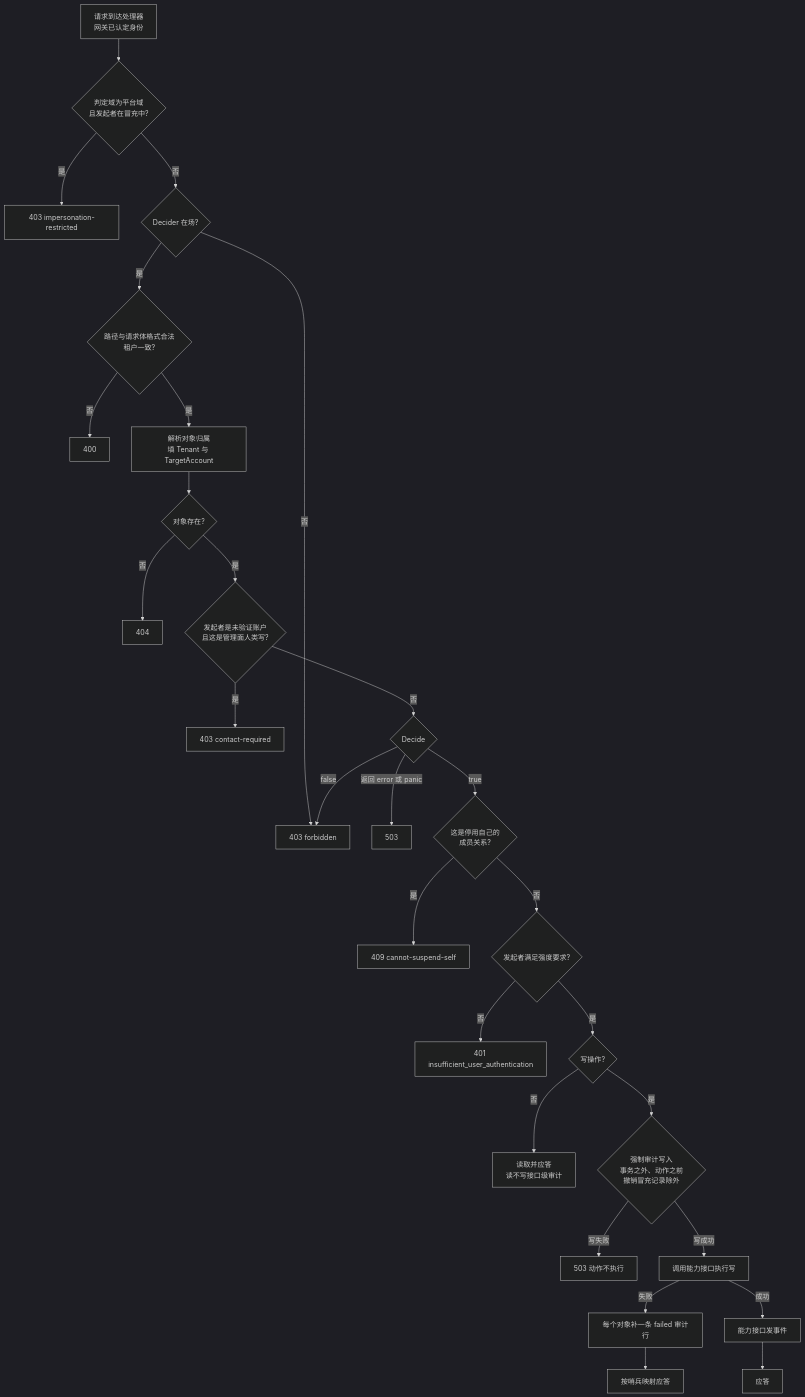
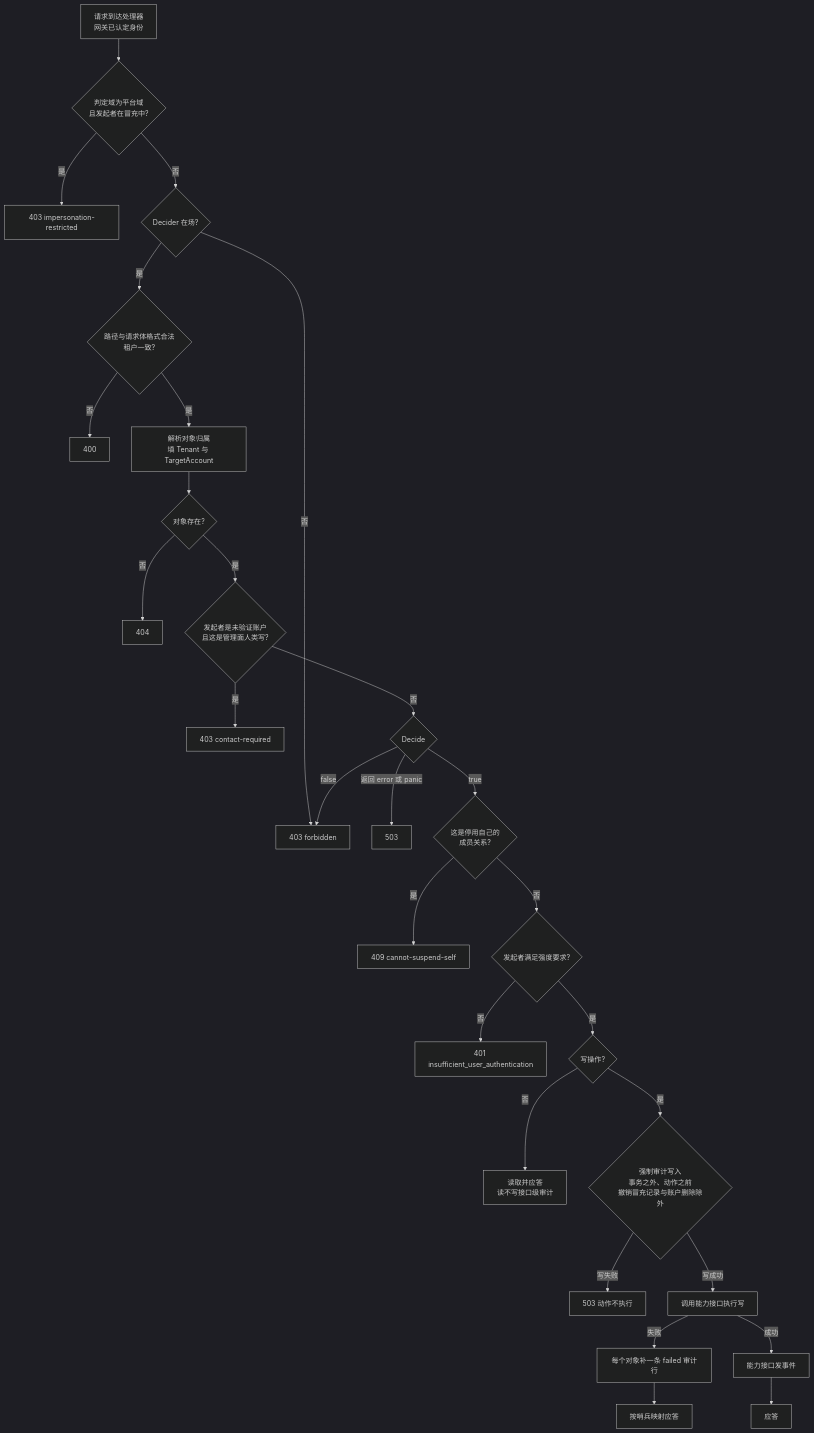
One commit to wangzw/speed changed the second of 2 diagrams in docs/design/modules/authn/design-authn-admin.md. Above: the diagram before and after it, drawn with Mermaid (dark theme). The commit also changed other lines of this file and 16 other files, not shown here.

````diff
--- a/docs/design/modules/authn/design-authn-admin.md
+++ b/docs/design/modules/authn/design-authn-admin.md
@@ -319,28 +319,28 @@
 ```mermaid
 flowchart TD
     A["请求到达处理器<br/>网关已认定身份"] --> B{"判定域为平台域<br/>且发起者在冒充中?"}
     B -- 是 --> R1["403 impersonation-restricted"]
     B -- 否 --> C{"Decider 在场?"}
     C -- 否 --> R2["403 forbidden"]
     C -- 是 --> D{"路径与请求体格式合法<br/>租户一致?"}
     D -- 否 --> R3["400"]
     D -- 是 --> E["解析对象归属<br/>填 Tenant 与 TargetAccount"]
     E --> F{"对象存在?"}
     F -- 否 --> R4["404"]
     F -- 是 --> G2{"发起者是未验证账户<br/>且这是管理面人类写?"}
     G2 -- 是 --> R9["403 contact-required"]
     G2 -- 否 --> G{"Decide"}
     G -- "返回 error 或 panic" --> R5["503"]
     G -- "false" --> R2
     G -- "true" --> S{"这是停用自己的<br/>成员关系?"}
     S -- 是 --> R10["409 cannot-suspend-self"]
     S -- 否 --> H{"发起者满足强度要求?"}
     H -- 否 --> R6["401 insufficient_user_authentication"]
     H -- 是 --> I{"写操作?"}
     I -- 否 --> J["读取并应答<br/>读不写接口级审计"]
-    I -- 是 --> K{"强制审计写入<br/>事务之外、动作之前<br/>撤销冒充记录除外"}
+    I -- 是 --> K{"强制审计写入<br/>事务之外、动作之前<br/>撤销冒充记录与账户删除除外"}
     K -- 写失败 --> R7["503 动作不执行"]
     K -- 写成功 --> L["调用能力接口执行写"]
     L -- 失败 --> M["每个对象补一条 failed 审计行"] --> R8["按哨兵映射应答"]
     L -- 成功 --> N["能力接口发事件"] --> O["应答"]
 ```
````
